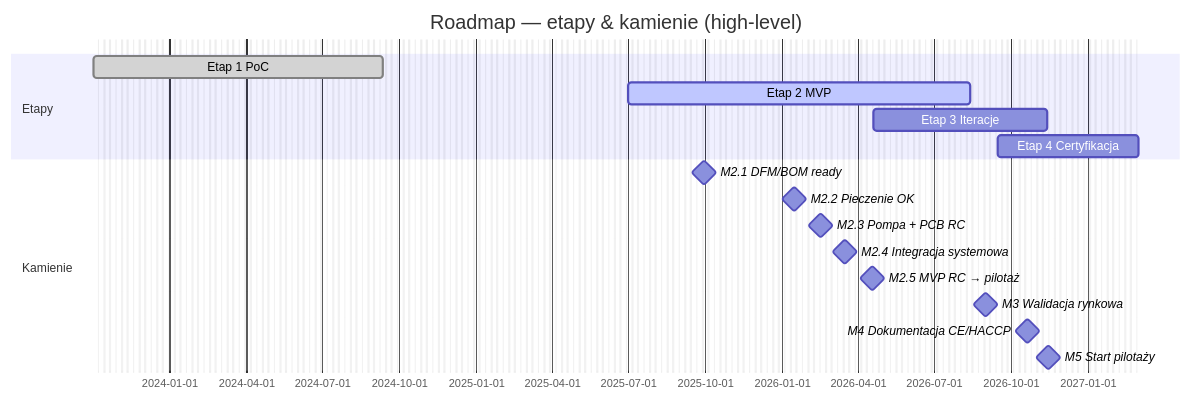
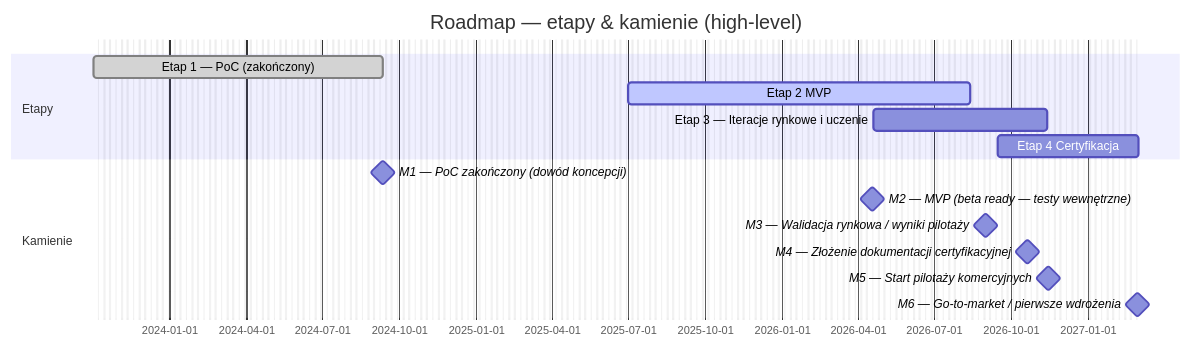
Before and after one commit to TanskiSzymon/food-printer: the first of 2 diagrams in README.md, drawn with Mermaid. The commit also changed other lines of this file, not shown here.

````diff
--- a/README.md
+++ b/README.md
@@ -20,22 +20,20 @@
 ```mermaid
 gantt
   title Roadmap — etapy & kamienie (high-level)
   dateFormat YYYY-MM-DD
   excludes  weekends
 
   section Etapy
-  Etap 1 PoC                :done,    2023-10-02, 2024-09-11
-  Etap 2 MVP                :active,  2025-07-01, 292d
-  Etap 3 Iteracje           :         2026-04-19, 150d
-  Etap 4 Certyfikacja       :         2026-09-15, 120d
+  Etap 1 — PoC (zakończony)              :done,    2023-10-02, 2024-09-11
+  Etap 2 MVP                             :active,  2025-07-01, 292d
+  Etap 3 — Iteracje rynkowe i uczenie    :         2026-04-19, 150d
+  Etap 4 Certyfikacja                    :         2026-09-15, 120d
 
   section Kamienie
-  M2.1 DFM/BOM ready        :milestone, 2025-09-30, 0d
-  M2.2 Pieczenie OK         :milestone, 2026-01-15, 0d
-  M2.3 Pompa + PCB RC       :milestone, 2026-02-15, 0d
-  M2.4 Integracja systemowa :milestone, 2026-03-17, 0d
-  M2.5 MVP RC → pilotaż     :milestone, 2026-04-18, 0d
-  M3   Walidacja rynkowa    :milestone, 2026-09-01, 0d
-  M4   Dokumentacja CE/HACCP:milestone, 2026-10-20, 0d
-  M5   Start pilotaży       :milestone, 2026-11-15, 0d
+  M1 — PoC zakończony (dowód koncepcji)        :milestone, m1, 2024-09-11, 0d
+  M2 — MVP (beta ready — testy wewnętrzne)     :milestone, m2, 2026-04-18, 0d
+  M3 — Walidacja rynkowa / wyniki pilotaży     :milestone, m3, 2026-09-01, 0d
+  M4 — Złożenie dokumentacji certyfikacyjnej   :milestone, m4, 2026-10-20, 0d
+  M5 — Start pilotaży komercyjnych             :milestone, m5, 2026-11-15, 0d
+  M6 — Go-to-market / pierwsze wdrożenia       :milestone, m6, 2027-03-01, 0d
 ```
````
